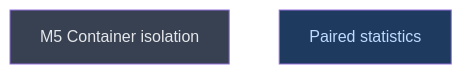
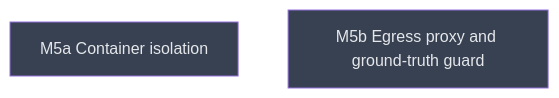
Before and after one commit to CrackingShells/Candler: the diagram in __roadmap__/candler-v1/contracts/parity/alignment/surfaces/isolation/README.md, drawn with Mermaid. The commit also changed other lines of this file and 13 other files, not shown here.

First line of the commit message:
rdm(isolation): split M5 into M5a and M5b (amendment A8)

````diff
--- a/__roadmap__/candler-v1/contracts/parity/alignment/surfaces/isolation/README.md
+++ b/__roadmap__/candler-v1/contracts/parity/alignment/surfaces/isolation/README.md
@@ -17,10 +17,10 @@
 ```mermaid
 graph TD
-    m5_container_isolation[M5 Container isolation]:::planned
-    stats[Paired statistics]:::amendment
+    m5_container_isolation[M5a Container isolation]:::planned
+    m5b[M5b Egress proxy and ground-truth guard]:::planned
     classDef done       fill:#166534,color:#bbf7d0
     classDef inprogress fill:#854d0e,color:#fef08a
     classDef planned    fill:#374151,color:#e5e7eb
     classDef amendment  fill:#1e3a5f,color:#bfdbfe
     classDef blocked    fill:#7f1d1d,color:#fecaca
 ```
````
